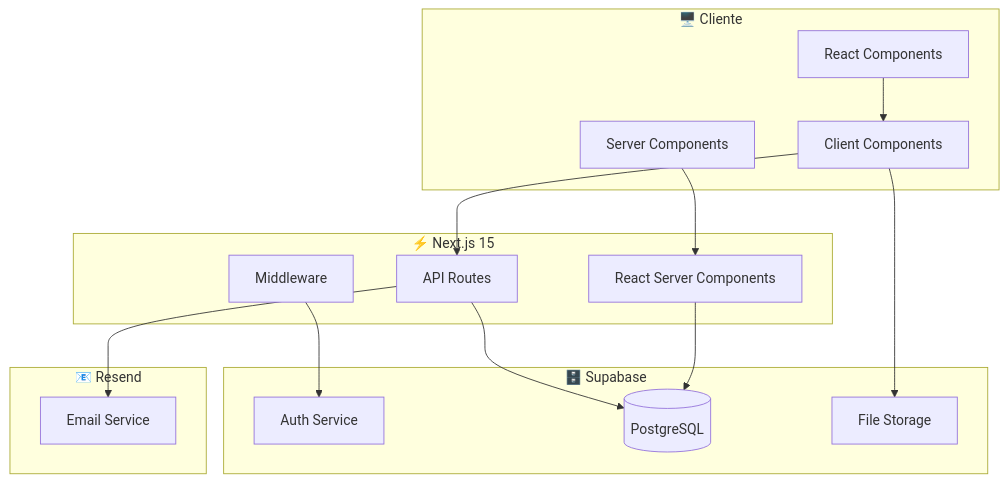
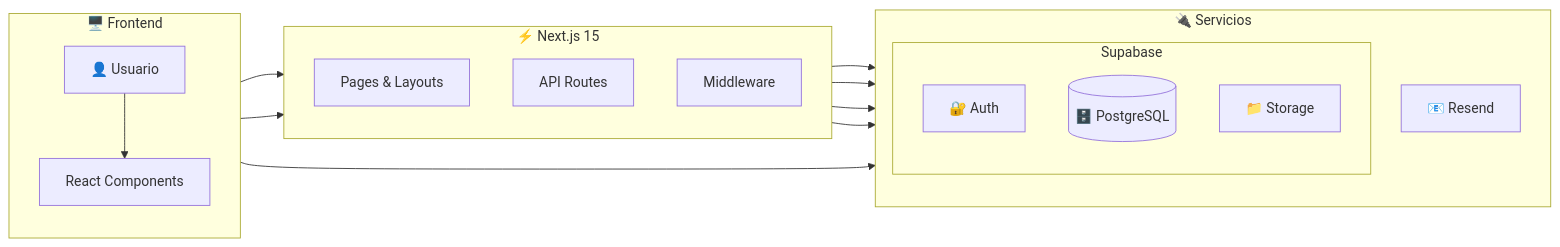
One commit to Facudominguez7/JackeMate changed the first of 2 diagrams in README.md. Above: the diagram before and after it, drawn with Mermaid. The commit also changed other lines of this file, not shown here.

Commit message:
docs: mejorar diagrama de arquitectura para mayor claridad

````diff
--- a/README.md
+++ b/README.md
@@ -41,33 +41,34 @@
 ```mermaid
-flowchart TB
-    subgraph Cliente["🖥️ Cliente"]
-        UI["React Components"]
-        CC["Client Components"]
-        SC["Server Components"]
+flowchart LR
+    subgraph Frontend["🖥️ Frontend"]
+        direction TB
+        User["👤 Usuario"]
+        RC["React Components"]
     end
-    
+
     subgraph NextJS["⚡ Next.js 15"]
-        AR["API Routes"]
+        direction TB
+        Pages["Pages & Layouts"]
+        API["API Routes"]
         MW["Middleware"]
-        RSC["React Server Components"]
     end
-    
-    subgraph Backend["🗄️ Supabase"]
-        Auth["Auth Service"]
-        DB[("PostgreSQL")]
-        Storage["File Storage"]
+
+    subgraph Services["🔌 Servicios"]
+        direction TB
+        subgraph Supabase["Supabase"]
+            Auth["🔐 Auth"]
+            DB[("🗄️ PostgreSQL")]
+            Storage["📁 Storage"]
+        end
+        Resend["📧 Resend"]
     end
-    
-    subgraph Email["📧 Resend"]
-        EmailService["Email Service"]
-    end
-    
-    UI --> CC
-    CC --> AR
-    SC --> RSC
-    RSC --> DB
-    AR --> DB
-    AR --> EmailService
+
+    User --> RC
+    RC --> Pages
+    RC --> API
+    Pages --> DB
+    API --> DB
+    API --> Resend
     MW --> Auth
-    CC --> Storage
+    RC --> Storage
 ```
````
